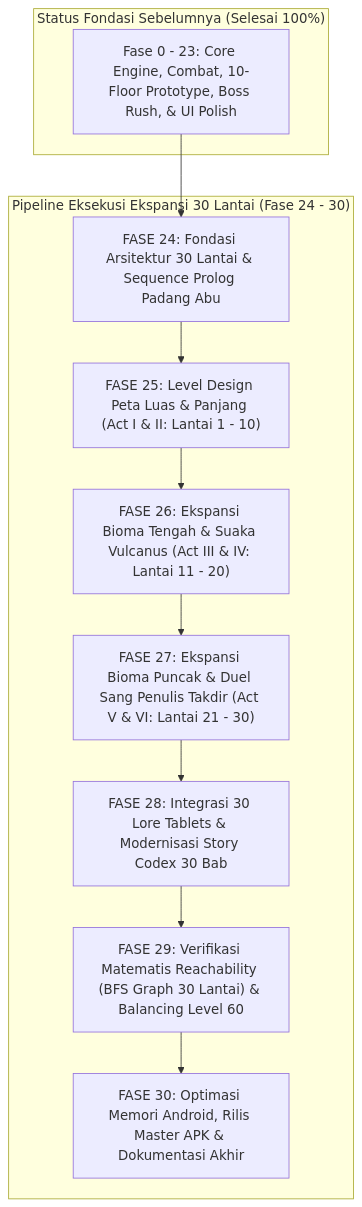
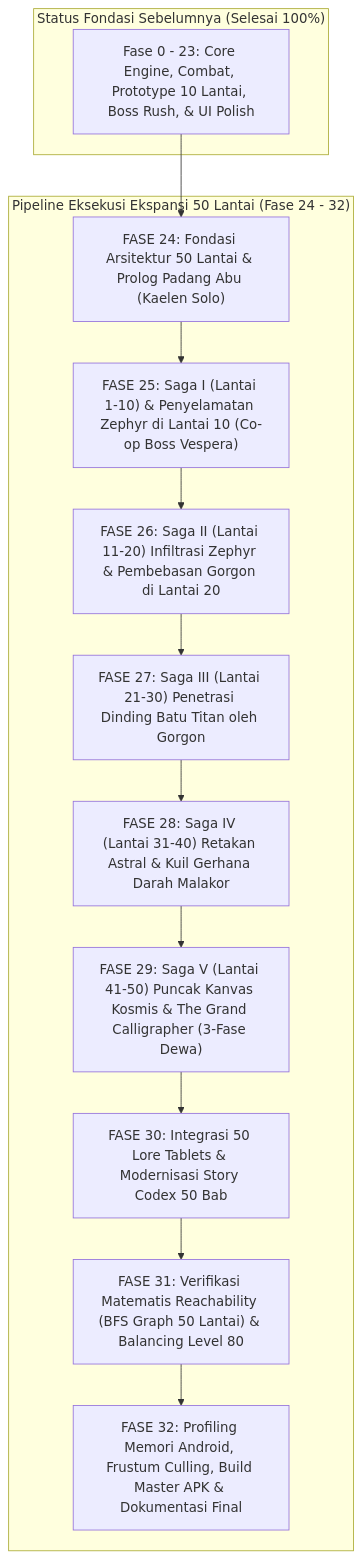
One commit to muhammadyusuftechid-star/stickman-tower-adventure changed the second of 3 diagrams in Alur_Pengembangan_Ekspansi_30_Lantai.md. Above: the diagram before and after it, drawn with Mermaid. The commit also changed other lines of this file and 3 other files, not shown here.

````diff
--- a/Alur_Pengembangan_Ekspansi_30_Lantai.md
+++ b/Alur_Pengembangan_Ekspansi_30_Lantai.md
@@ -29,16 +29,18 @@
 ```mermaid
 flowchart TD
     subgraph FondasiLama["Status Fondasi Sebelumnya (Selesai 100%)"]
-        Old["Fase 0 - 23: Core Engine, Combat, 10-Floor Prototype, Boss Rush, & UI Polish"]
+        Old["Fase 0 - 23: Core Engine, Combat, Prototype 10 Lantai, Boss Rush, & UI Polish"]
     end
 
-    subgraph Ekspansi30Lantai["Pipeline Eksekusi Ekspansi 30 Lantai (Fase 24 - 30)"]
-        Old --> F24["FASE 24: Fondasi Arsitektur 30 Lantai & Sequence Prolog Padang Abu"]
-        F24 --> F25["FASE 25: Level Design Peta Luas & Panjang (Act I & II: Lantai 1 - 10)"]
-        F25 --> F26["FASE 26: Ekspansi Bioma Tengah & Suaka Vulcanus (Act III & IV: Lantai 11 - 20)"]
-        F26 --> F27["FASE 27: Ekspansi Bioma Puncak & Duel Sang Penulis Takdir (Act V & VI: Lantai 21 - 30)"]
-        F27 --> F28["FASE 28: Integrasi 30 Lore Tablets & Modernisasi Story Codex 30 Bab"]
-        F28 --> F29["FASE 29: Verifikasi Matematis Reachability (BFS Graph 30 Lantai) & Balancing Level 60"]
-        F29 --> F30["FASE 30: Optimasi Memori Android, Rilis Master APK & Dokumentasi Akhir"]
+    subgraph Ekspansi50Lantai["Pipeline Eksekusi Ekspansi 50 Lantai (Fase 24 - 32)"]
+        Old --> F24["FASE 24: Fondasi Arsitektur 50 Lantai & Prolog Padang Abu (Kaelen Solo)"]
+        F24 --> F25["FASE 25: Saga I (Lantai 1-10) & Penyelamatan Zephyr di Lantai 10 (Co-op Boss Vespera)"]
+        F25 --> F26["FASE 26: Saga II (Lantai 11-20) Infiltrasi Zephyr & Pembebasan Gorgon di Lantai 20"]
+        F26 --> F27["FASE 27: Saga III (Lantai 21-30) Penetrasi Dinding Batu Titan oleh Gorgon"]
+        F27 --> F28["FASE 28: Saga IV (Lantai 31-40) Retakan Astral & Kuil Gerhana Darah Malakor"]
+        F28 --> F29["FASE 29: Saga V (Lantai 41-50) Puncak Kanvas Kosmis & The Grand Calligrapher (3-Fase Dewa)"]
+        F29 --> F30["FASE 30: Integrasi 50 Lore Tablets & Modernisasi Story Codex 50 Bab"]
+        F30 --> F31["FASE 31: Verifikasi Matematis Reachability (BFS Graph 50 Lantai) & Balancing Level 80"]
+        F31 --> F32["FASE 32: Profiling Memori Android, Frustum Culling, Build Master APK & Dokumentasi Final"]
     end
 ```
````
